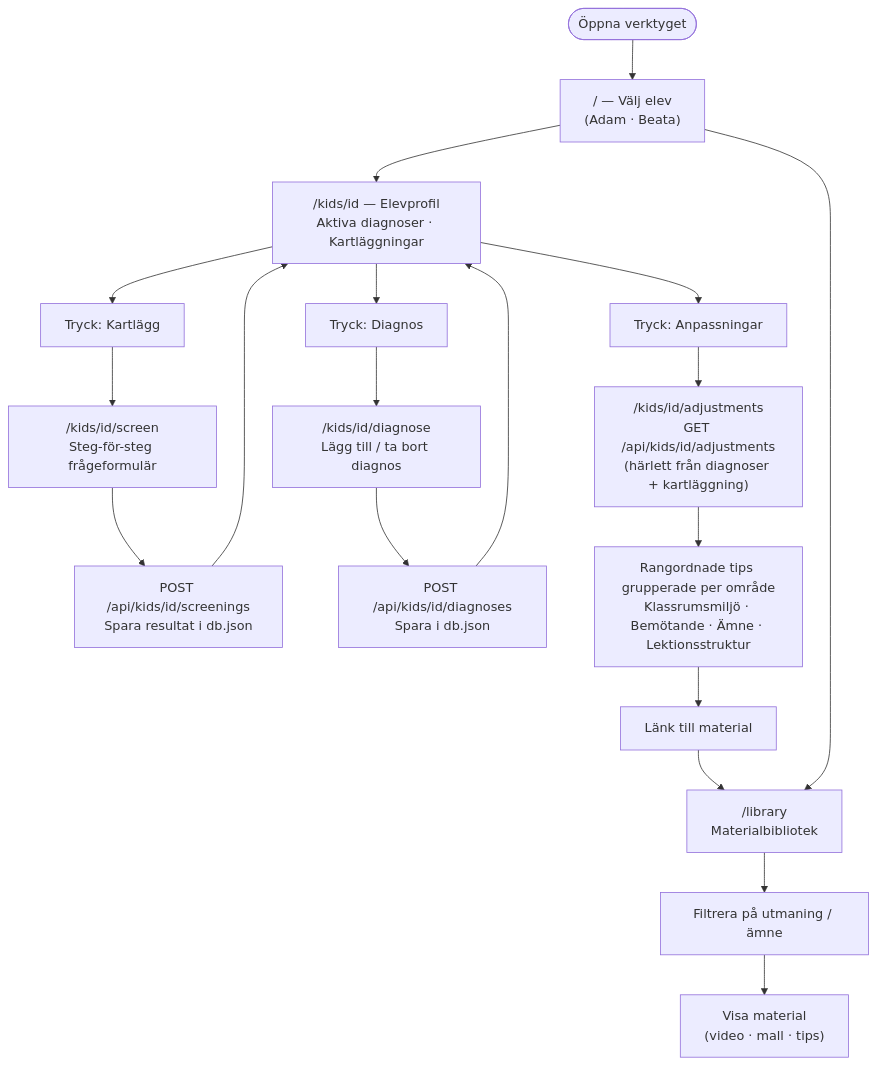
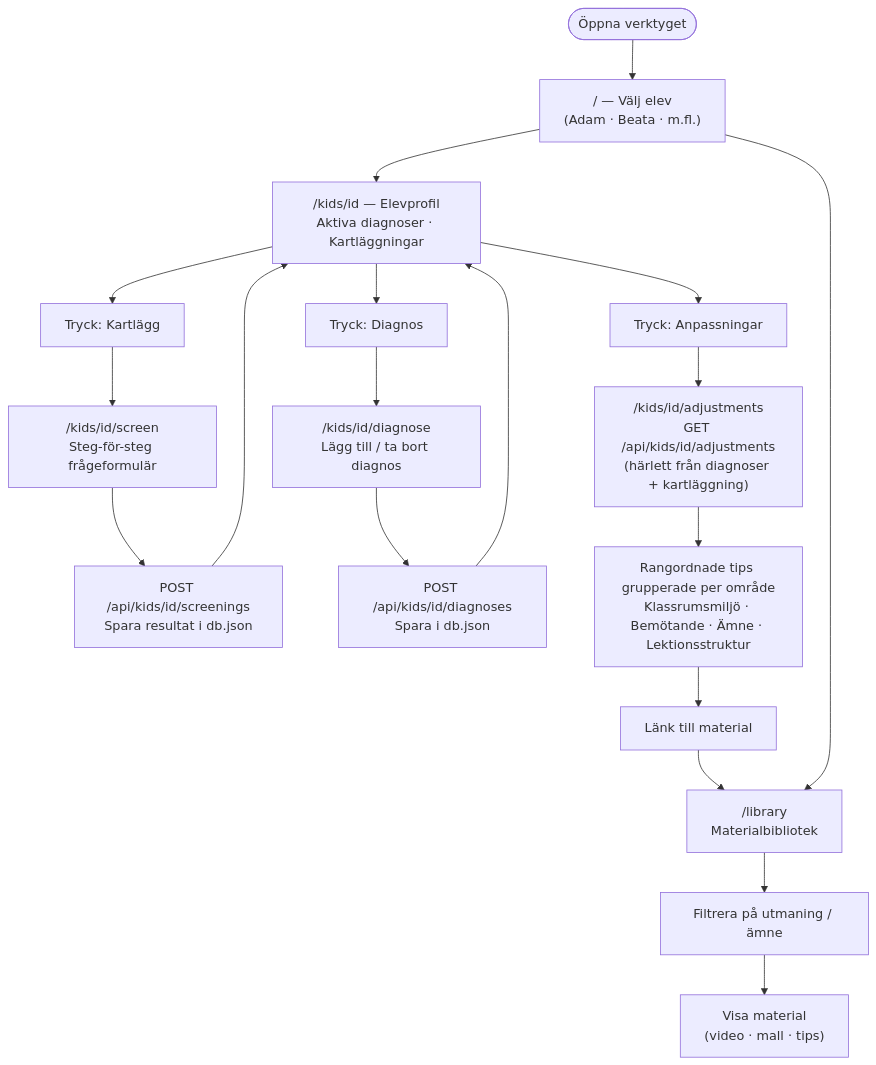
One commit to tommysafstrom/teacher changed the second of 4 diagrams in documentation/flow-teacher.md. Above: the diagram before and after it, drawn with Mermaid. The commit also changed other lines of this file and 24 other files, not shown here.

````diff
--- a/documentation/flow-teacher.md
+++ b/documentation/flow-teacher.md
@@ -3,28 +20,28 @@
 ```mermaid
 flowchart TD
-    Start([Öppna verktyget]) --> ElevLista["/ — Välj elev\n(Adam · Beata)"]
+    Start([Öppna verktyget]) --> ElevLista["/ — Välj elev\n(Adam · Beata · m.fl.)"]
 
     ElevLista --> Profil["/kids/id — Elevprofil\nAktiva diagnoser · Kartläggningar"]
 
     Profil --> KartBtn["Tryck: Kartlägg"]
     Profil --> DiagBtn["Tryck: Diagnos"]
     Profil --> AnjBtn["Tryck: Anpassningar"]
 
     KartBtn --> Fragor["/kids/id/screen\nSteg-för-steg frågeformulär"]
     Fragor --> SparaKart["POST /api/kids/id/screenings\nSpara resultat i db.json"]
     SparaKart --> Profil
 
     DiagBtn --> DiagForm["/kids/id/diagnose\nLägg till / ta bort diagnos"]
     DiagForm --> SparaDiag["POST /api/kids/id/diagnoses\nSpara i db.json"]
     SparaDiag --> Profil
 
     AnjBtn --> Anpassningar["/kids/id/adjustments\nGET /api/kids/id/adjustments\n(härlett från diagnoser + kartläggning)"]
     Anpassningar --> Tips["Rangordnade tips grupperade per område\nKlassrumsmiljö · Bemötande · Ämne · Lektionsstruktur"]
     Tips --> MatLink["Länk till material"]
 
     MatLink --> Bibliotek["/library\nMaterialbibliotek"]
     Bibliotek --> Filter["Filtrera på utmaning / ämne"]
     Filter --> Material["Visa material\n(video · mall · tips)"]
 
     ElevLista --> Bibliotek
 ```
````
